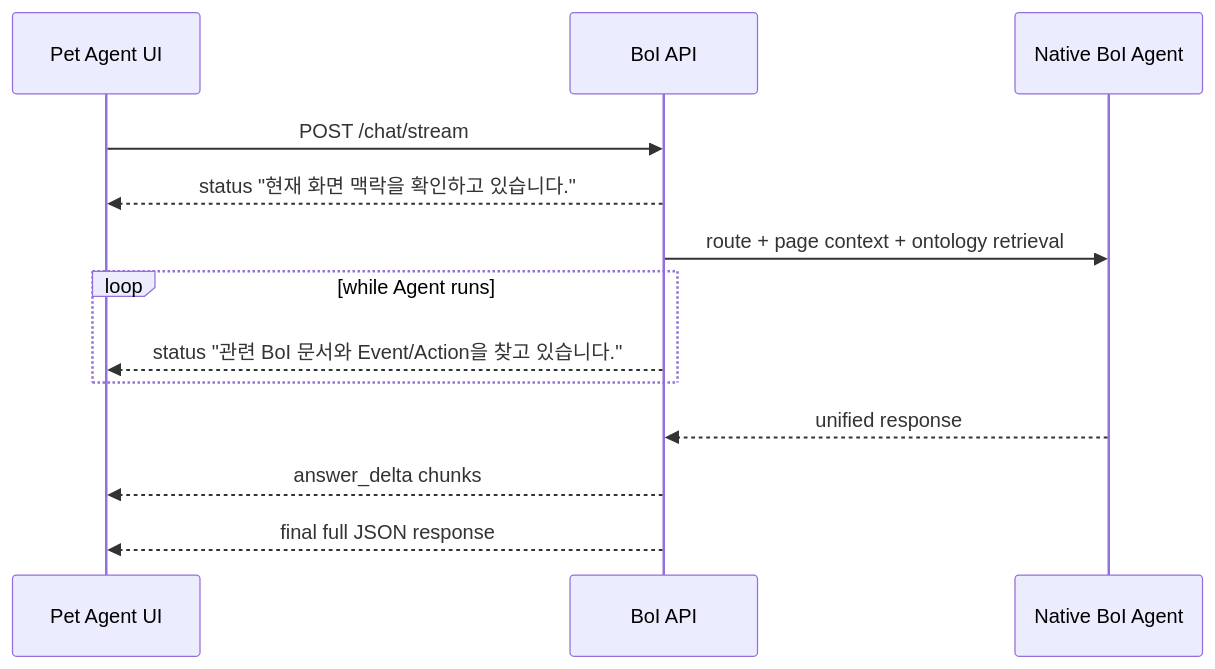
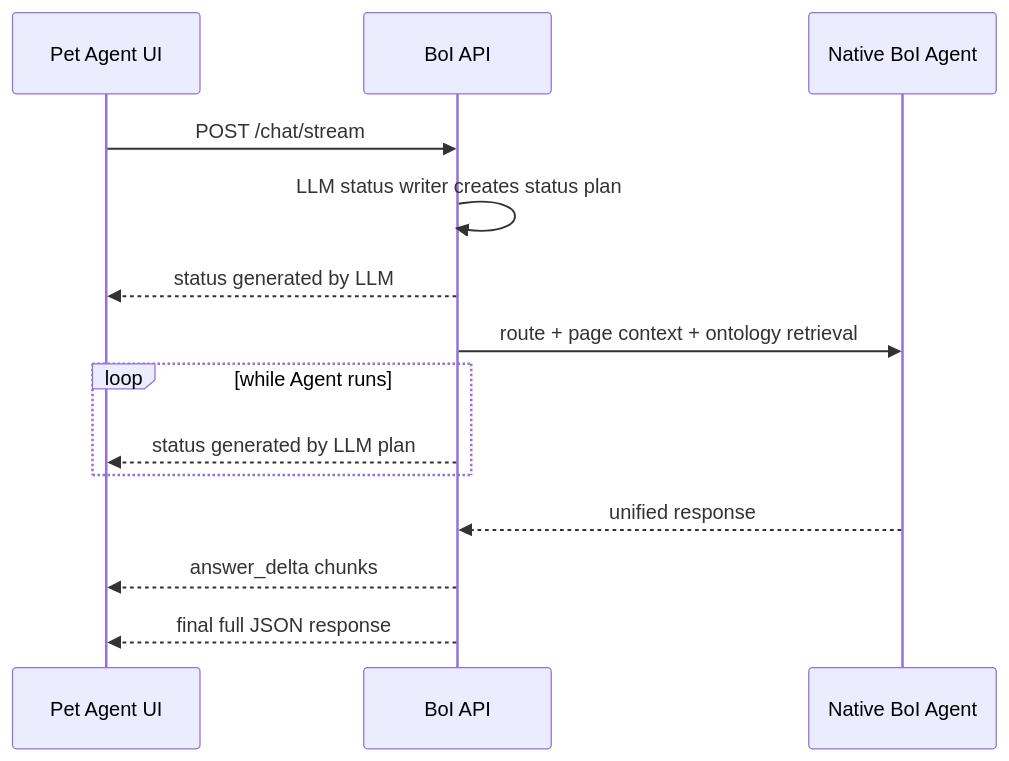
Before and after one commit to chokukil/boi-wiki: the second of 2 diagrams in data/boi/public/boi-wiki-manual/agent/native-boi-agent-architecture.md, drawn with Mermaid. The commit also changed other lines of this file and 6 other files, not shown here.

Commit message:
Require LLM-generated BoI Agent stream status

````diff
--- a/data/boi/public/boi-wiki-manual/agent/native-boi-agent-architecture.md
+++ b/data/boi/public/boi-wiki-manual/agent/native-boi-agent-architecture.md
@@ -80,16 +81,17 @@
 ```mermaid
 sequenceDiagram
   participant UI as Pet Agent UI
   participant API as BoI API
   participant Agent as Native BoI Agent
 
   UI->>API: POST /chat/stream
-  API-->>UI: status "현재 화면 맥락을 확인하고 있습니다."
+  API->>API: LLM status writer creates status plan
+  API-->>UI: status generated by LLM
   API->>Agent: route + page context + ontology retrieval
   loop while Agent runs
-    API-->>UI: status "관련 BoI 문서와 Event/Action을 찾고 있습니다."
+    API-->>UI: status generated by LLM plan
   end
   Agent-->>API: unified response
   API-->>UI: answer_delta chunks
   API-->>UI: final full JSON response
 ```
````
